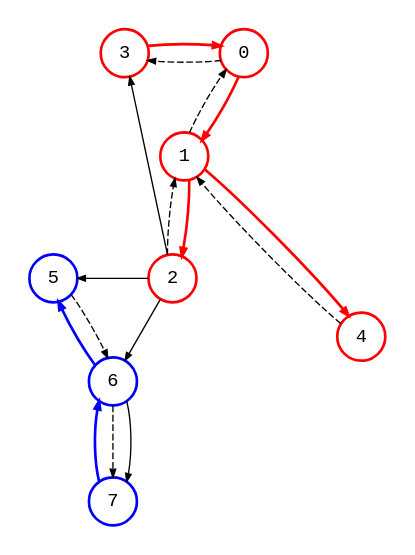
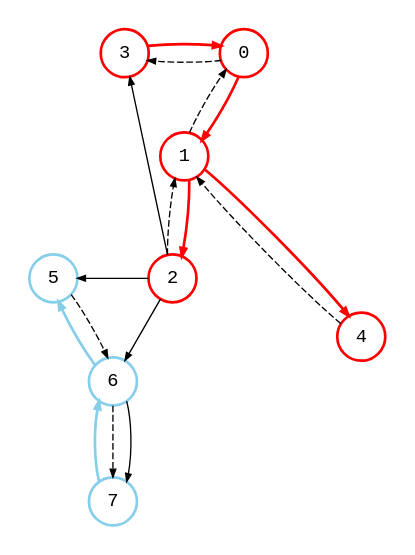
Before and after one commit to bsdrks/graaf-images: the diagram in src/bfs_pred_predecessors_multi_source_1.dot, drawn with Graphviz. The commit also changed 27 other files, not shown here.

Commit message:
fix bryr_3, change blue to skyblue

```diff
--- a/src/bfs_pred_predecessors_multi_source_1.dot
+++ b/src/bfs_pred_predecessors_multi_source_1.dot
@@ -1,31 +1,31 @@
 digraph {
     node [shape=circle, fontname="monospace"];
     edge [arrowsize=0.6, fontname="monospace", fontsize=9];
     layout=circo;
     scale=1.0;
     normalize=true;
     pad=0.2;
     splines=line;
 
     3 [style="bold"; color=red];
     0, 1, 2, 4 [style=bold, color=red];
-    7 [style=bold; color=blue];
-    6, 5 [style=bold, color=blue];
+    7 [style=bold; color=skyblue];
+    6, 5 [style=bold, color=skyblue];
 
     3 -> 0 [style=bold; color=red];
     0 -> 1 [style=bold; color=red];
     1 -> 2 [style=bold; color=red];
     1 -> 4 [style=bold; color=red];
     2 -> 3 [color="#bbb"];
     2 -> 5 [color="#bbb"];
     2 -> 6 [color="#bbb"];
-    6 -> 5 [style=bold; color=blue];
+    6 -> 5 [style=bold; color=skyblue];
     6 -> 7 [color="#bbb"];
-    7 -> 6 [style=bold; color=blue];
+    7 -> 6 [style=bold; color=skyblue];
     4 -> 1 [style=dashed];
     2 -> 1 [style=dashed];
     1 -> 0 [style=dashed];
     0 -> 3 [style=dashed];
     5 -> 6 [style=dashed];
     6 -> 7 [style=dashed];
 }
```
